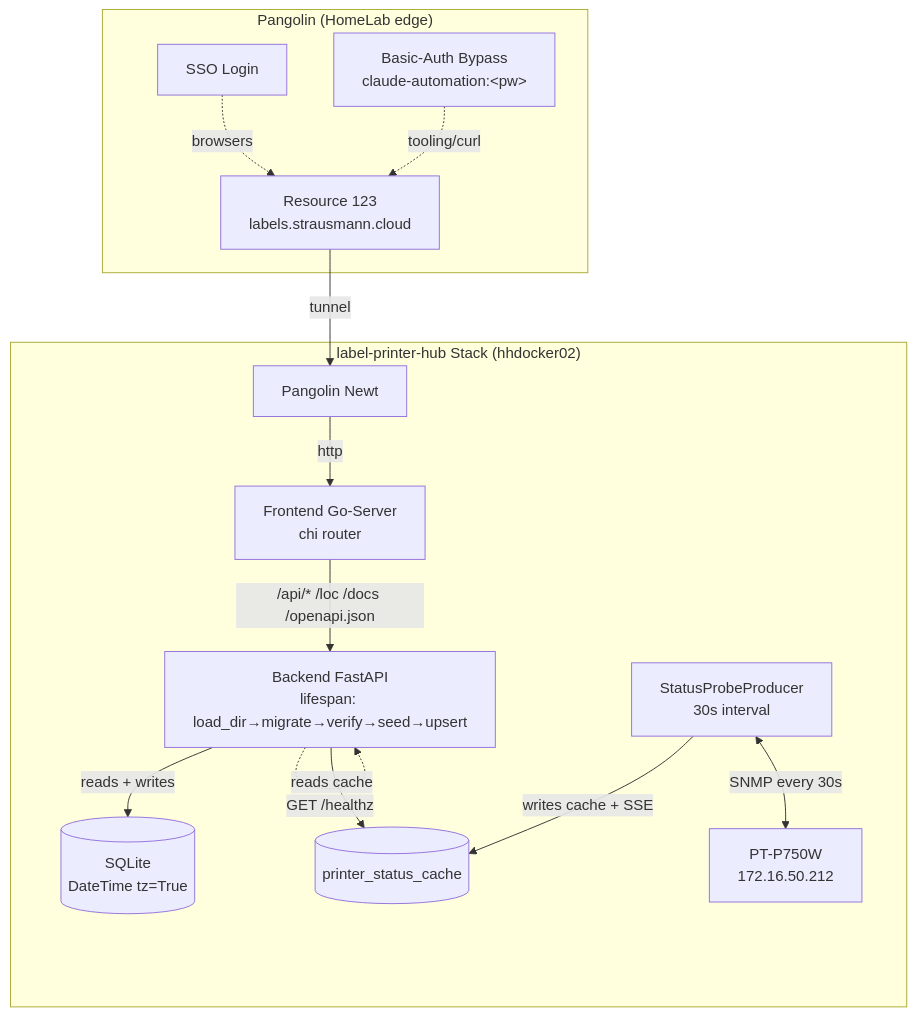
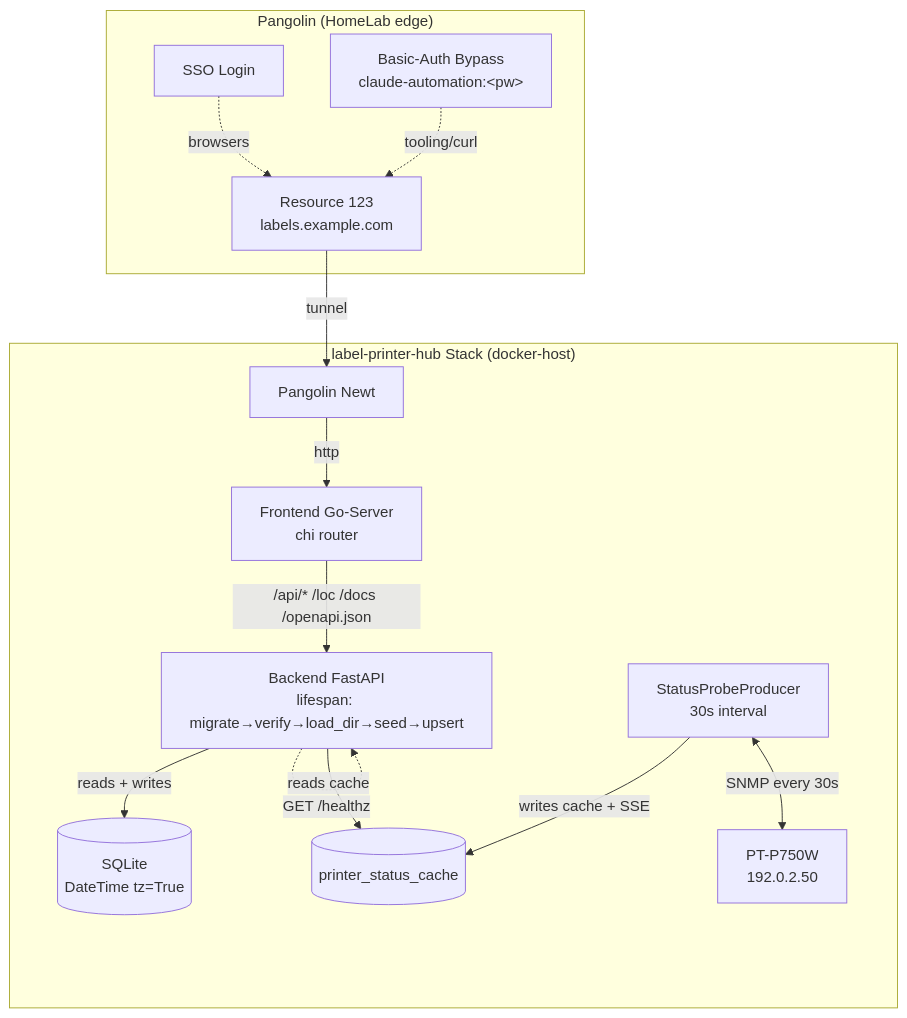
The diagram in docs/superpowers/specs/2026-05-17-phase-7b-foundation-design.md (strausmann/Label-Printer-Hub), drawn with Mermaid before and after one commit. The commit also changed other lines of this file, not shown here.

First line of the commit message:
docs(phase-7b): address review findings — privacy, schema accuracy, internal consistency

````diff
--- a/docs/superpowers/specs/2026-05-17-phase-7b-foundation-design.md
+++ b/docs/superpowers/specs/2026-05-17-phase-7b-foundation-design.md
@@ -309,30 +366,30 @@
 ```mermaid
 graph TB
     subgraph "Pangolin (HomeLab edge)"
         SSO[SSO Login]
         BasicAuth[Basic-Auth Bypass<br/>claude-automation:&lt;pw&gt;]
-        Resource[Resource 123<br/>labels.strausmann.cloud]
+        Resource[Resource 123<br/>labels.example.com]
         SSO -.->|browsers| Resource
         BasicAuth -.->|tooling/curl| Resource
     end
     
-    subgraph "label-printer-hub Stack (hhdocker02)"
+    subgraph "label-printer-hub Stack (docker-host)"
         Newt[Pangolin Newt]
         Frontend[Frontend Go-Server<br/>chi router]
-        Backend[Backend FastAPI<br/>lifespan: load_dir→migrate→verify→seed→upsert]
+        Backend[Backend FastAPI<br/>lifespan: migrate→verify→load_dir→seed→upsert]
         DB[(SQLite<br/>DateTime tz=True)]
         Cache[(printer_status_cache)]
         Probe[StatusProbeProducer<br/>30s interval]
-        SNMP[PT-P750W<br/>172.16.50.212]
+        SNMP[PT-P750W<br/>192.0.2.50]
     end
     
     Resource -->|tunnel| Newt
     Newt -->|http| Frontend
     Frontend -->|/api/* /loc /docs /openapi.json| Backend
     Backend -->|reads + writes| DB
     Backend -->|reads cache| Cache
     Probe -->|writes cache + SSE| Cache
     Probe <-->|SNMP every 30s| SNMP
     Backend -.->|GET /readiness| Backend
     Backend -.->|GET /healthz| Backend
 ```
````
